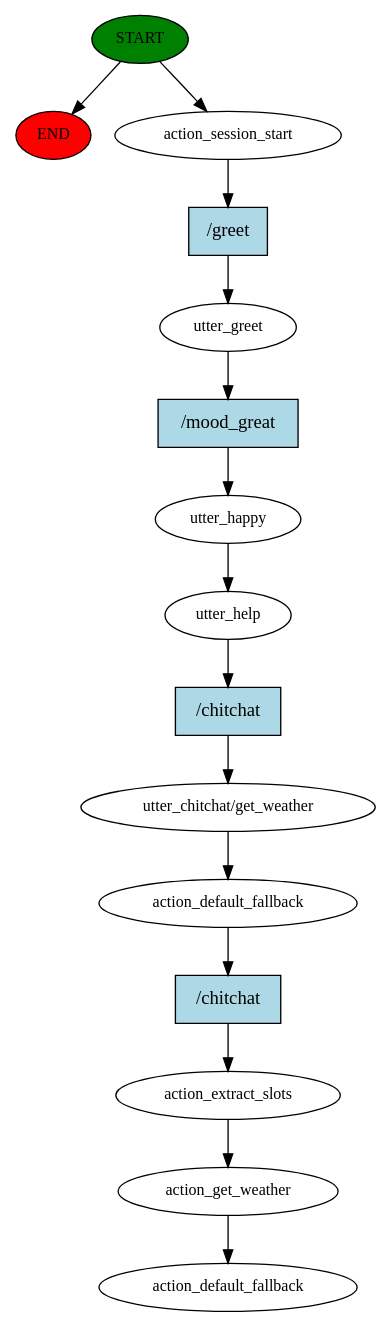
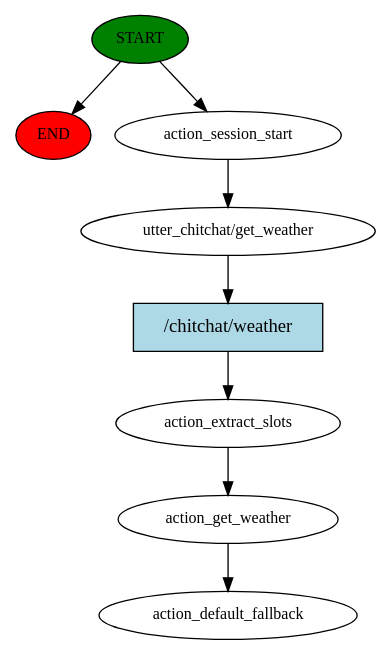
The diagram in story_graph.dot (jeffGodonou/Jeff), drawn with Graphviz before and after one commit. The commit also changed 61 other files, not shown here.

```diff
--- a/story_graph.dot
+++ b/story_graph.dot
@@ -1,31 +1,17 @@
 digraph  {
 0 [class="start active", fillcolor=green, fontsize=12, label=START, style=filled];
 "-1" [class=end, fillcolor=red, fontsize=12, label=END, style=filled];
 1 [class=active, fontsize=12, label=action_session_start];
-2 [class=active, fontsize=12, label=utter_greet];
-3 [class=active, fontsize=12, label=utter_happy];
-4 [class=active, fontsize=12, label=utter_help];
-5 [class=active, fontsize=12, label="utter_chitchat/get_weather"];
-6 [class=active, fontsize=12, label=action_default_fallback];
-7 [class=active, fontsize=12, label=action_extract_slots];
-8 [class=active, fontsize=12, label=action_get_weather];
-9 [class="dashed active", fontsize=12, label=action_default_fallback];
-10 [class="intent active", fillcolor=lightblue, label="/greet", shape=rect, style=filled];
-11 [class="intent active", fillcolor=lightblue, label="/mood_great", shape=rect, style=filled];
-12 [class="intent active", fillcolor=lightblue, label="/chitchat", shape=rect, style=filled];
-13 [class="intent active", fillcolor=lightblue, label="/chitchat", shape=rect, style=filled];
+2 [class=active, fontsize=12, label="utter_chitchat/get_weather"];
+3 [class=active, fontsize=12, label=action_extract_slots];
+4 [class=active, fontsize=12, label=action_get_weather];
+5 [class="dashed active", fontsize=12, label=action_default_fallback];
+6 [class="intent active", fillcolor=lightblue, label="/chitchat/weather", shape=rect, style=filled];
 0 -> "-1"  [class="", key=NONE, label=""];
 0 -> 1  [class=active, key=NONE, label=""];
-1 -> 10  [class=active, key=0];
-2 -> 11  [class=active, key=0];
+1 -> 2  [class=active, key=NONE, label=""];
+2 -> 6  [class=active, key=0];
 3 -> 4  [class=active, key=NONE, label=""];
-4 -> 12  [class=active, key=0];
-5 -> 6  [class=active, key=NONE, label=""];
-6 -> 13  [class=active, key=0];
-7 -> 8  [class=active, key=NONE, label=""];
-8 -> 9  [class=active, key=NONE, label=""];
-10 -> 2  [class=active, key=0];
-11 -> 3  [class=active, key=0];
-12 -> 5  [class=active, key=0];
-13 -> 7  [class=active, key=0];
+4 -> 5  [class=active, key=NONE, label=""];
+6 -> 3  [class=active, key=0];
 }
```
